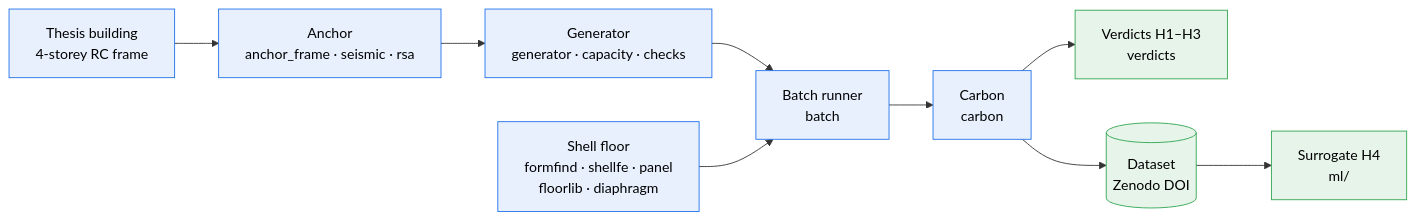
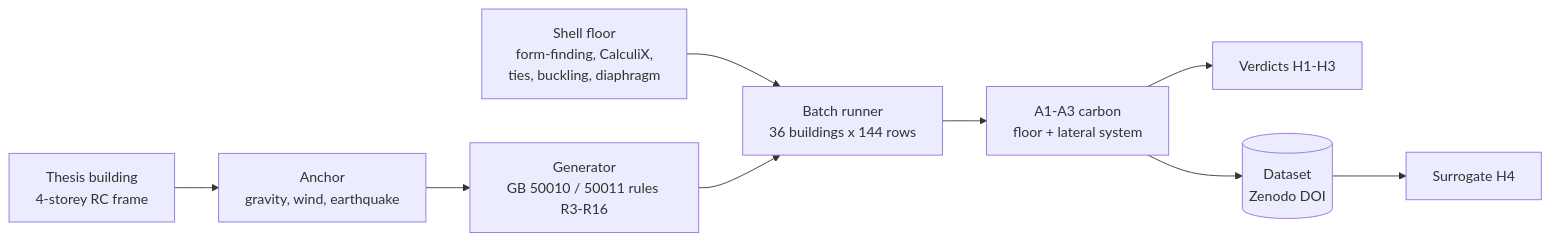
Before and after one commit to syednafizreja/ShellBench: the diagram in README.md, drawn with Mermaid. The commit also changed other lines of this file and 10 other files, not shown here.

Commit message:
Restyle README: hero matrices, verdict tables, figure grid; add CHANGELOG, CONTRIBUTING, SHA256SUMS with test

````diff
--- a/README.md
+++ b/README.md
@@ -81,16 +74,11 @@
 ```mermaid
 flowchart LR
-    T["Thesis building<br/>4-storey RC frame"] --> A["Anchor<br/>anchor_frame · seismic · rsa"]
-    A --> G["Generator<br/>generator · capacity · checks"]
-    G --> B["Batch runner<br/>batch"]
-    S["Shell floor<br/>formfind · shellfe · panel<br/>floorlib · diaphragm"] --> B
-    B --> C["Carbon<br/>carbon"]
-    C --> V["Verdicts H1–H3<br/>verdicts"]
-    C --> D[("Dataset<br/>Zenodo DOI")]
-    D --> M["Surrogate H4<br/>ml/"]
-
-    classDef core fill:#e8f0fe,stroke:#1f6feb,color:#000;
-    classDef out fill:#e6f4ea,stroke:#2ea44f,color:#000;
-    class T,A,G,B,S,C core;
-    class V,D,M out;
+  T[Thesis building<br>4-storey RC frame] --> A[Anchor<br>gravity, wind, earthquake]
+  A --> G[Generator<br>GB 50010 / 50011 rules R3-R16]
+  S[Shell floor<br>form-finding, CalculiX,<br>ties, buckling, diaphragm] --> B[Batch runner<br>36 buildings x 144 rows]
+  G --> B
+  B --> C[A1-A3 carbon<br>floor + lateral system]
+  C --> V[Verdicts H1-H3]
+  C --> D[(Dataset<br>Zenodo DOI)]
+  D --> M[Surrogate H4]
 ```
````
